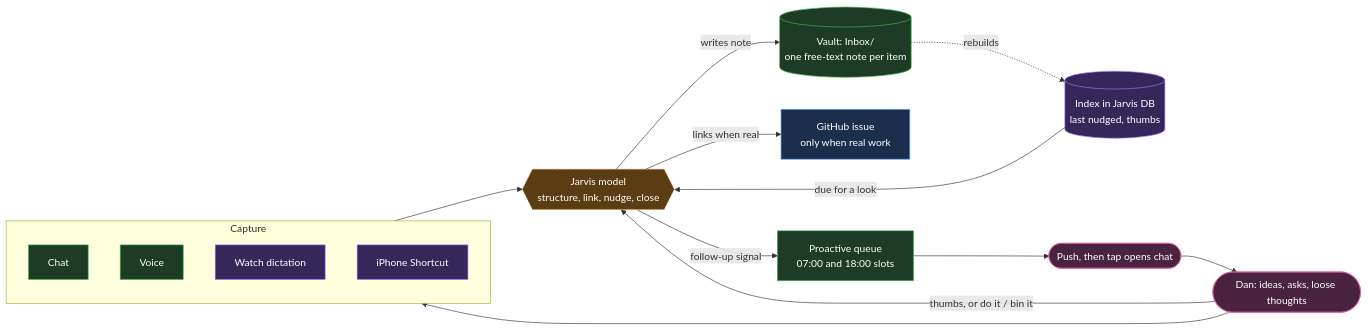
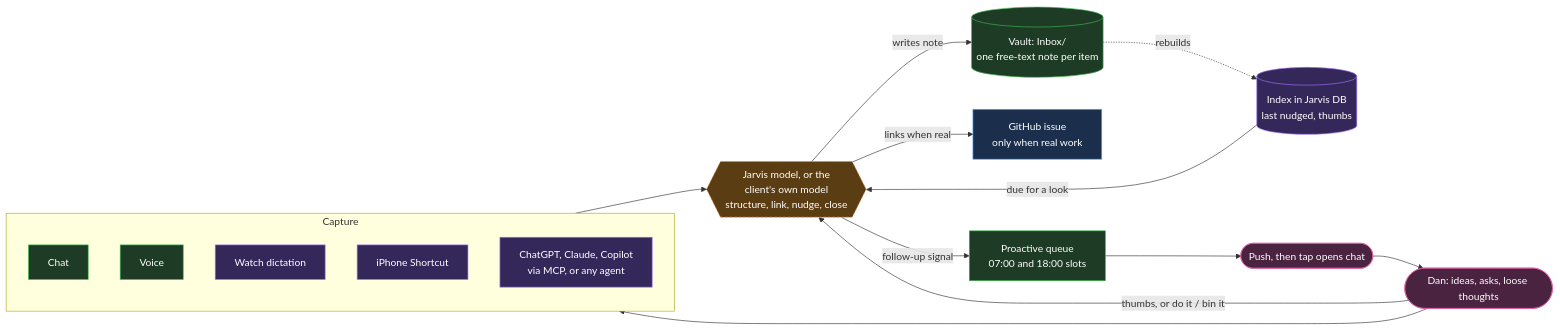
Before and after one commit to DanAakesen/jarvis: the first of 6 diagrams in docs/inbox-loop/design.md, drawn with Mermaid. The commit also changed other lines of this file and 2 other files, not shown here.

````diff
--- a/docs/inbox-loop/design.md
+++ b/docs/inbox-loop/design.md
@@ -12,29 +12,30 @@
 ```mermaid
 flowchart LR
   Dan([Dan: ideas, asks, loose thoughts]):::dan
   subgraph Capture
     C1[Chat]:::exists
     C2[Voice]:::exists
     C3[Watch dictation]:::new
     C4[iPhone Shortcut]:::new
+    C5[ChatGPT, Claude, Copilot<br/>via MCP, or any agent]:::new
   end
-  Model{{Jarvis model<br/>structure, link, nudge, close}}:::model
+  Model{{Jarvis model, or the<br/>client's own model<br/>structure, link, nudge, close}}:::model
   Vault[(Vault: Inbox/<br/>one free-text note per item)]:::exists
   Index[(Index in Jarvis DB<br/>last nudged, thumbs)]:::new
   GH[GitHub issue<br/>only when real work]:::out
   Queue[Proactive queue<br/>07:00 and 18:00 slots]:::exists
   Push([Push, then tap opens chat]):::dan
 
   Dan --> Capture --> Model
   Model -- writes note --> Vault
   Vault -. rebuilds .-> Index
   Model -- links when real --> GH
   Index -- due for a look --> Model
   Model -- follow-up signal --> Queue --> Push --> Dan
   Dan -- thumbs, or do it / bin it --> Model
   classDef exists fill:#1d3b25,stroke:#3fb950,color:#fff
   classDef new fill:#34285a,stroke:#a371f7,color:#fff
   classDef model fill:#5a3d12,stroke:#f0883e,color:#fff,stroke-dasharray:4 3
   classDef dan fill:#4a2340,stroke:#db61a2,color:#fff
   classDef out fill:#1b2f4d,stroke:#58a6ff,color:#fff
 ```
````
